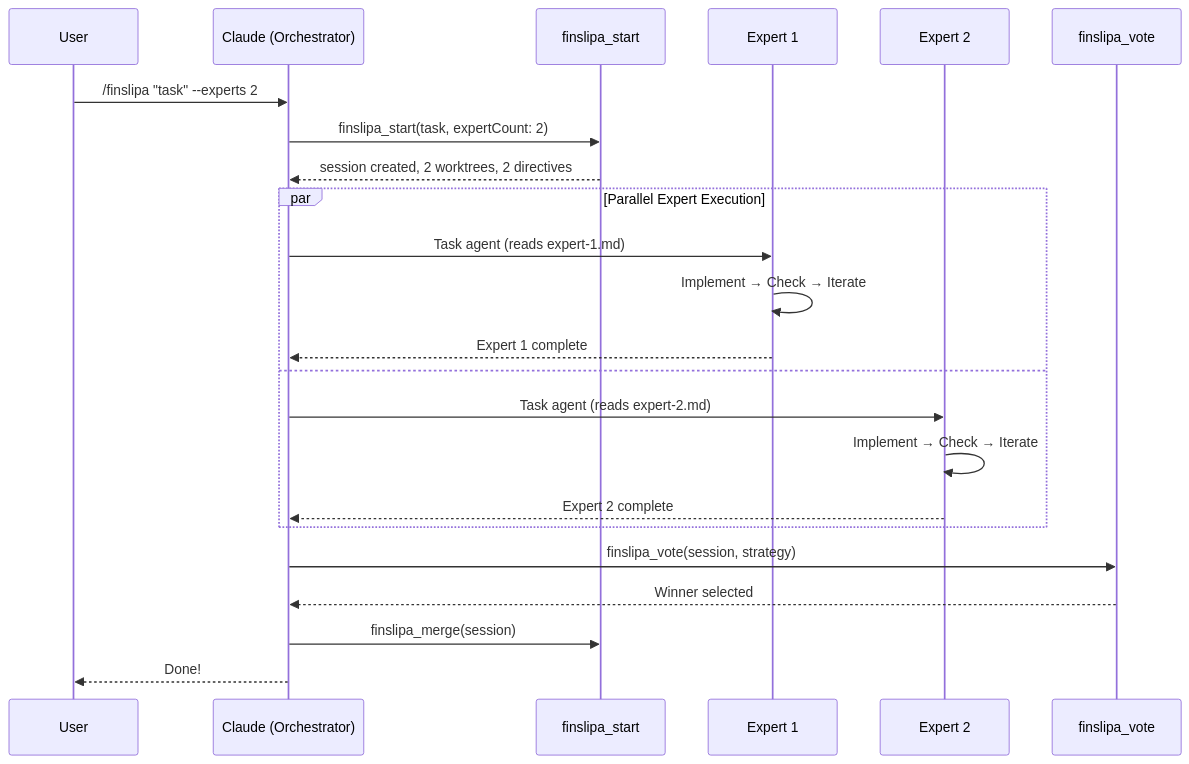
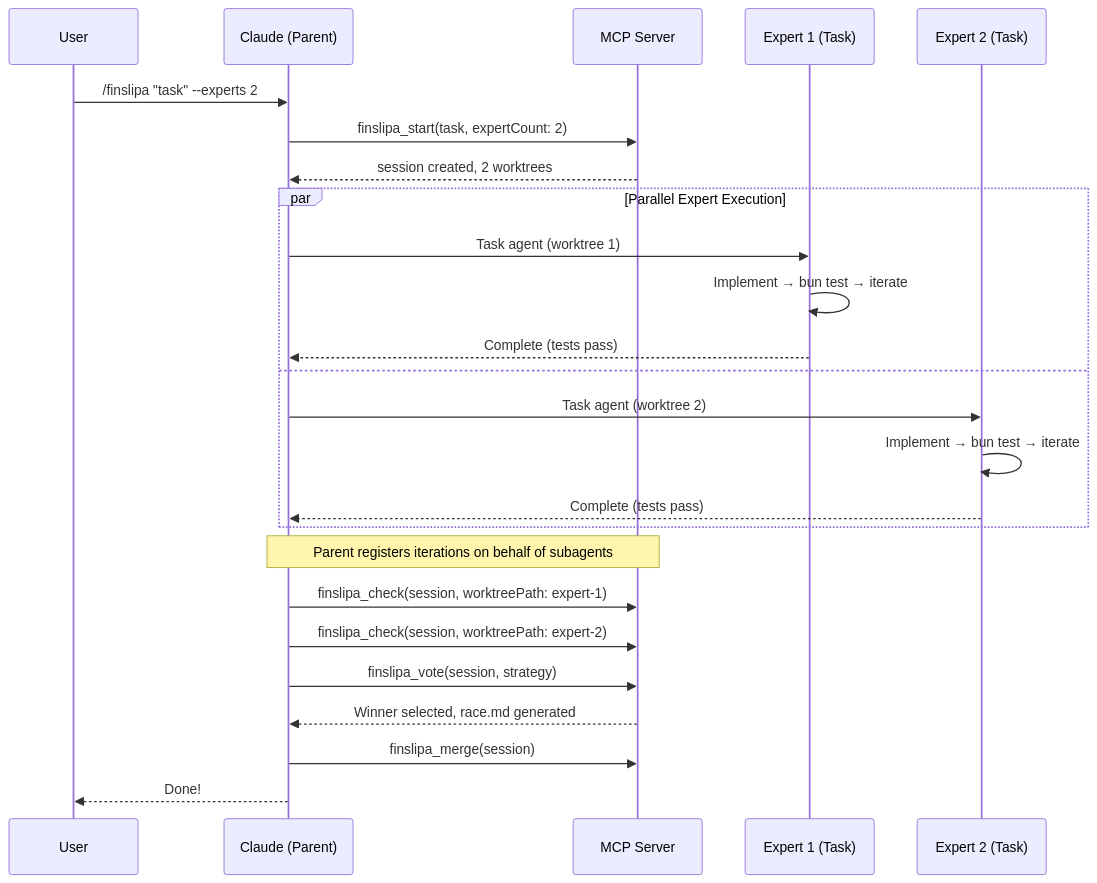
Before and after one commit to jgabor/finsliparn: the second of 2 diagrams in docs/spec-cc.md, drawn with Mermaid. The commit also changed other lines of this file and 1 other file, not shown here.

Commit message:
docs: align specs with parent orchestration design
spec-cc.md:
- Add worktreePath parameter to finslipa_check in tool table
- Add consensus to voting strategies
- Update orchestration flow diagram for parent orchestration
- Explain why Task subagents lack MCP access
- Update feature roadmap (parallel worktrees ✅, consensus ✅, parent orchestration 🔜)

spec-copilot.md:
- Add MCP access row to feature mapping table
- Update parallel experts table with orchestration differences
- Explain why Copilot doesn't need parent orchestration

````diff
--- a/docs/spec-cc.md
+++ b/docs/spec-cc.md
@@ -394,28 +398,31 @@
 ```mermaid
 sequenceDiagram
     participant User
-    participant Orchestrator as Claude (Orchestrator)
-    participant MCP as finslipa_start
-    participant E1 as Expert 1
-    participant E2 as Expert 2
-    participant Vote as finslipa_vote
+    participant Parent as Claude (Parent)
+    participant MCP as MCP Server
+    participant E1 as Expert 1 (Task)
+    participant E2 as Expert 2 (Task)
 
-    User->>Orchestrator: /finslipa "task" --experts 2
-    Orchestrator->>MCP: finslipa_start(task, expertCount: 2)
-    MCP-->>Orchestrator: session created, 2 worktrees, 2 directives
+    User->>Parent: /finslipa "task" --experts 2
+    Parent->>MCP: finslipa_start(task, expertCount: 2)
+    MCP-->>Parent: session created, 2 worktrees
 
     par Parallel Expert Execution
-        Orchestrator->>E1: Task agent (reads expert-1.md)
-        E1->>E1: Implement → Check → Iterate
-        E1-->>Orchestrator: Expert 1 complete
+        Parent->>E1: Task agent (worktree 1)
+        E1->>E1: Implement → bun test → iterate
+        E1-->>Parent: Complete (tests pass)
     and
-        Orchestrator->>E2: Task agent (reads expert-2.md)
-        E2->>E2: Implement → Check → Iterate
-        E2-->>Orchestrator: Expert 2 complete
+        Parent->>E2: Task agent (worktree 2)
+        E2->>E2: Implement → bun test → iterate
+        E2-->>Parent: Complete (tests pass)
     end
 
-    Orchestrator->>Vote: finslipa_vote(session, strategy)
-    Vote-->>Orchestrator: Winner selected
-    Orchestrator->>MCP: finslipa_merge(session)
-    Orchestrator-->>User: Done!
+    Note over Parent,MCP: Parent registers iterations on behalf of subagents
+    Parent->>MCP: finslipa_check(session, worktreePath: expert-1)
+    Parent->>MCP: finslipa_check(session, worktreePath: expert-2)
+
+    Parent->>MCP: finslipa_vote(session, strategy)
+    MCP-->>Parent: Winner selected, race.md generated
+    Parent->>MCP: finslipa_merge(session)
+    Parent-->>User: Done!
 ```
````
